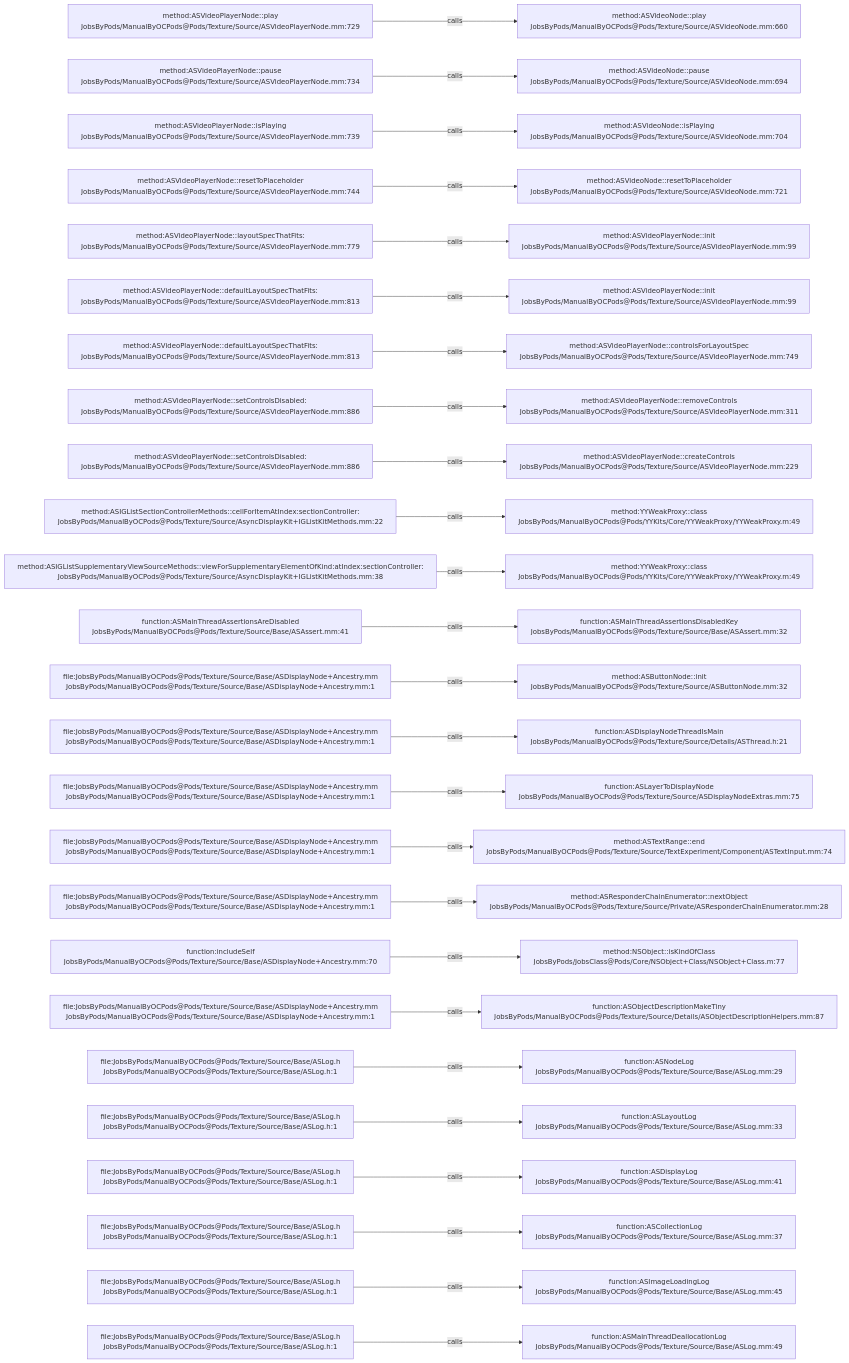
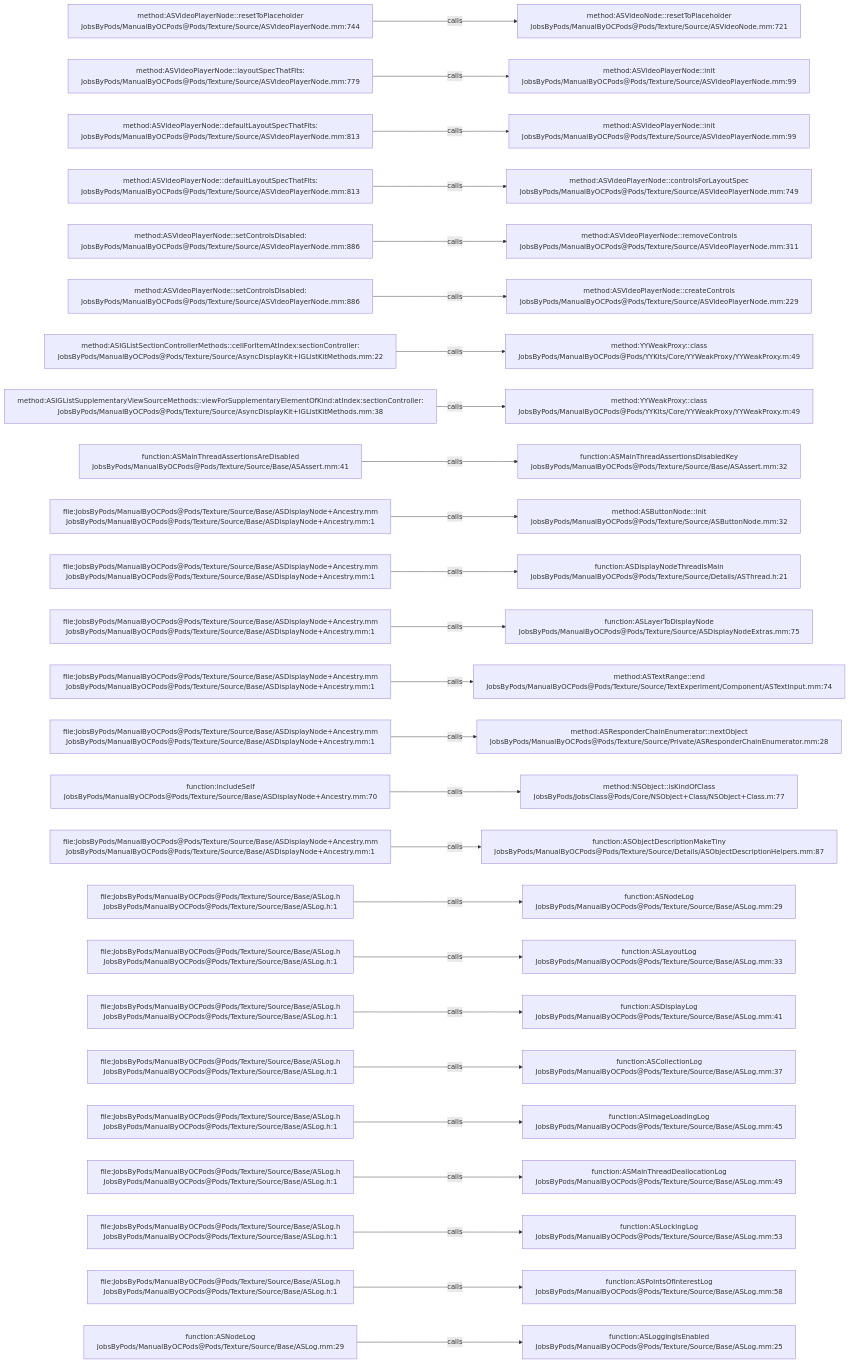
Before and after one commit to JobsKits/JobsOCBaseConfigDemo: the diagram in .codegraph/codegraph.md/graphs/calls-149.md, drawn with Mermaid. The commit also changed 342 other files, not shown here.

````diff
--- a/.codegraph/codegraph.md/graphs/calls-149.md
+++ b/.codegraph/codegraph.md/graphs/calls-149.md
@@ -13,78 +13,78 @@
 ```mermaid
 flowchart LR
-  S1["method:ASVideoPlayerNode::play<br/>JobsByPods/ManualByOCPods@Pods/Texture/Source/ASVideoPlayerNode.mm:729"]
-  T1["method:ASVideoNode::play<br/>JobsByPods/ManualByOCPods@Pods/Texture/Source/ASVideoNode.mm:660"]
+  S1["method:ASVideoPlayerNode::resetToPlaceholder<br/>JobsByPods/ManualByOCPods@Pods/Texture/Source/ASVideoPlayerNode.mm:744"]
+  T1["method:ASVideoNode::resetToPlaceholder<br/>JobsByPods/ManualByOCPods@Pods/Texture/Source/ASVideoNode.mm:721"]
   S1 -->|calls| T1
-  S2["method:ASVideoPlayerNode::pause<br/>JobsByPods/ManualByOCPods@Pods/Texture/Source/ASVideoPlayerNode.mm:734"]
-  T2["method:ASVideoNode::pause<br/>JobsByPods/ManualByOCPods@Pods/Texture/Source/ASVideoNode.mm:694"]
+  S2["method:ASVideoPlayerNode::layoutSpecThatFits:<br/>JobsByPods/ManualByOCPods@Pods/Texture/Source/ASVideoPlayerNode.mm:779"]
+  T2["method:ASVideoPlayerNode::init<br/>JobsByPods/ManualByOCPods@Pods/Texture/Source/ASVideoPlayerNode.mm:99"]
   S2 -->|calls| T2
-  S3["method:ASVideoPlayerNode::isPlaying<br/>JobsByPods/ManualByOCPods@Pods/Texture/Source/ASVideoPlayerNode.mm:739"]
-  T3["method:ASVideoNode::isPlaying<br/>JobsByPods/ManualByOCPods@Pods/Texture/Source/ASVideoNode.mm:704"]
+  S3["method:ASVideoPlayerNode::defaultLayoutSpecThatFits:<br/>JobsByPods/ManualByOCPods@Pods/Texture/Source/ASVideoPlayerNode.mm:813"]
+  T3["method:ASVideoPlayerNode::init<br/>JobsByPods/ManualByOCPods@Pods/Texture/Source/ASVideoPlayerNode.mm:99"]
   S3 -->|calls| T3
-  S4["method:ASVideoPlayerNode::resetToPlaceholder<br/>JobsByPods/ManualByOCPods@Pods/Texture/Source/ASVideoPlayerNode.mm:744"]
-  T4["method:ASVideoNode::resetToPlaceholder<br/>JobsByPods/ManualByOCPods@Pods/Texture/Source/ASVideoNode.mm:721"]
+  S4["method:ASVideoPlayerNode::defaultLayoutSpecThatFits:<br/>JobsByPods/ManualByOCPods@Pods/Texture/Source/ASVideoPlayerNode.mm:813"]
+  T4["method:ASVideoPlayerNode::controlsForLayoutSpec<br/>JobsByPods/ManualByOCPods@Pods/Texture/Source/ASVideoPlayerNode.mm:749"]
   S4 -->|calls| T4
-  S5["method:ASVideoPlayerNode::layoutSpecThatFits:<br/>JobsByPods/ManualByOCPods@Pods/Texture/Source/ASVideoPlayerNode.mm:779"]
-  T5["method:ASVideoPlayerNode::init<br/>JobsByPods/ManualByOCPods@Pods/Texture/Source/ASVideoPlayerNode.mm:99"]
+  S5["method:ASVideoPlayerNode::setControlsDisabled:<br/>JobsByPods/ManualByOCPods@Pods/Texture/Source/ASVideoPlayerNode.mm:886"]
+  T5["method:ASVideoPlayerNode::removeControls<br/>JobsByPods/ManualByOCPods@Pods/Texture/Source/ASVideoPlayerNode.mm:311"]
   S5 -->|calls| T5
-  S6["method:ASVideoPlayerNode::defaultLayoutSpecThatFits:<br/>JobsByPods/ManualByOCPods@Pods/Texture/Source/ASVideoPlayerNode.mm:813"]
-  T6["method:ASVideoPlayerNode::init<br/>JobsByPods/ManualByOCPods@Pods/Texture/Source/ASVideoPlayerNode.mm:99"]
+  S6["method:ASVideoPlayerNode::setControlsDisabled:<br/>JobsByPods/ManualByOCPods@Pods/Texture/Source/ASVideoPlayerNode.mm:886"]
+  T6["method:ASVideoPlayerNode::createControls<br/>JobsByPods/ManualByOCPods@Pods/Texture/Source/ASVideoPlayerNode.mm:229"]
   S6 -->|calls| T6
-  S7["method:ASVideoPlayerNode::defaultLayoutSpecThatFits:<br/>JobsByPods/ManualByOCPods@Pods/Texture/Source/ASVideoPlayerNode.mm:813"]
-  T7["method:ASVideoPlayerNode::controlsForLayoutSpec<br/>JobsByPods/ManualByOCPods@Pods/Texture/Source/ASVideoPlayerNode.mm:749"]
+  S7["method:ASIGListSectionControllerMethods::cellForItemAtIndex:sectionController:<br/>JobsByPods/ManualByOCPods@Pods/Texture/Source/AsyncDisplayKit+IGListKitMethods.mm:22"]
+  T7["method:YYWeakProxy::class<br/>JobsByPods/ManualByOCPods@Pods/YYKits/Core/YYWeakProxy/YYWeakProxy.m:49"]
   S7 -->|calls| T7
-  S8["method:ASVideoPlayerNode::setControlsDisabled:<br/>JobsByPods/ManualByOCPods@Pods/Texture/Source/ASVideoPlayerNode.mm:886"]
-  T8["method:ASVideoPlayerNode::removeControls<br/>JobsByPods/ManualByOCPods@Pods/Texture/Source/ASVideoPlayerNode.mm:311"]
+  S8["method:ASIGListSupplementaryViewSourceMethods::viewForSupplementaryElementOfKind:atIndex:sectionController:<br/>JobsByPods/ManualByOCPods@Pods/Texture/Source/AsyncDisplayKit+IGListKitMethods.mm:38"]
+  T8["method:YYWeakProxy::class<br/>JobsByPods/ManualByOCPods@Pods/YYKits/Core/YYWeakProxy/YYWeakProxy.m:49"]
   S8 -->|calls| T8
-  S9["method:ASVideoPlayerNode::setControlsDisabled:<br/>JobsByPods/ManualByOCPods@Pods/Texture/Source/ASVideoPlayerNode.mm:886"]
-  T9["method:ASVideoPlayerNode::createControls<br/>JobsByPods/ManualByOCPods@Pods/Texture/Source/ASVideoPlayerNode.mm:229"]
+  S9["function:ASMainThreadAssertionsAreDisabled<br/>JobsByPods/ManualByOCPods@Pods/Texture/Source/Base/ASAssert.mm:41"]
+  T9["function:ASMainThreadAssertionsDisabledKey<br/>JobsByPods/ManualByOCPods@Pods/Texture/Source/Base/ASAssert.mm:32"]
   S9 -->|calls| T9
-  S10["method:ASIGListSectionControllerMethods::cellForItemAtIndex:sectionController:<br/>JobsByPods/ManualByOCPods@Pods/Texture/Source/AsyncDisplayKit+IGListKitMethods.mm:22"]
-  T10["method:YYWeakProxy::class<br/>JobsByPods/ManualByOCPods@Pods/YYKits/Core/YYWeakProxy/YYWeakProxy.m:49"]
+  S10["file:JobsByPods/ManualByOCPods@Pods/Texture/Source/Base/ASDisplayNode+Ancestry.mm<br/>JobsByPods/ManualByOCPods@Pods/Texture/Source/Base/ASDisplayNode+Ancestry.mm:1"]
+  T10["method:ASButtonNode::init<br/>JobsByPods/ManualByOCPods@Pods/Texture/Source/ASButtonNode.mm:32"]
   S10 -->|calls| T10
-  S11["method:ASIGListSupplementaryViewSourceMethods::viewForSupplementaryElementOfKind:atIndex:sectionController:<br/>JobsByPods/ManualByOCPods@Pods/Texture/Source/AsyncDisplayKit+IGListKitMethods.mm:38"]
-  T11["method:YYWeakProxy::class<br/>JobsByPods/ManualByOCPods@Pods/YYKits/Core/YYWeakProxy/YYWeakProxy.m:49"]
+  S11["file:JobsByPods/ManualByOCPods@Pods/Texture/Source/Base/ASDisplayNode+Ancestry.mm<br/>JobsByPods/ManualByOCPods@Pods/Texture/Source/Base/ASDisplayNode+Ancestry.mm:1"]
+  T11["function:ASDisplayNodeThreadIsMain<br/>JobsByPods/ManualByOCPods@Pods/Texture/Source/Details/ASThread.h:21"]
   S11 -->|calls| T11
-  S12["function:ASMainThreadAssertionsAreDisabled<br/>JobsByPods/ManualByOCPods@Pods/Texture/Source/Base/ASAssert.mm:41"]
-  T12["function:ASMainThreadAssertionsDisabledKey<br/>JobsByPods/ManualByOCPods@Pods/Texture/Source/Base/ASAssert.mm:32"]
+  S12["file:JobsByPods/ManualByOCPods@Pods/Texture/Source/Base/ASDisplayNode+Ancestry.mm<br/>JobsByPods/ManualByOCPods@Pods/Texture/Source/Base/ASDisplayNode+Ancestry.mm:1"]
+  T12["function:ASLayerToDisplayNode<br/>JobsByPods/ManualByOCPods@Pods/Texture/Source/ASDisplayNodeExtras.mm:75"]
   S12 -->|calls| T12
   S13["file:JobsByPods/ManualByOCPods@Pods/Texture/Source/Base/ASDisplayNode+Ancestry.mm<br/>JobsByPods/ManualByOCPods@Pods/Texture/Source/Base/ASDisplayNode+Ancestry.mm:1"]
-  T13["method:ASButtonNode::init<br/>JobsByPods/ManualByOCPods@Pods/Texture/Source/ASButtonNode.mm:32"]
+  T13["method:ASTextRange::end<br/>JobsByPods/ManualByOCPods@Pods/Texture/Source/TextExperiment/Component/ASTextInput.mm:74"]
   S13 -->|calls| T13
   S14["file:JobsByPods/ManualByOCPods@Pods/Texture/Source/Base/ASDisplayNode+Ancestry.mm<br/>JobsByPods/ManualByOCPods@Pods/Texture/Source/Base/ASDisplayNode+Ancestry.mm:1"]
-  T14["function:ASDisplayNodeThreadIsMain<br/>JobsByPods/ManualByOCPods@Pods/Texture/Source/Details/ASThread.h:21"]
+  T14["method:ASResponderChainEnumerator::nextObject<br/>JobsByPods/ManualByOCPods@Pods/Texture/Source/Private/ASResponderChainEnumerator.mm:28"]
   S14 -->|calls| T14
-  S15["file:JobsByPods/ManualByOCPods@Pods/Texture/Source/Base/ASDisplayNode+Ancestry.mm<br/>JobsByPods/ManualByOCPods@Pods/Texture/Source/Base/ASDisplayNode+Ancestry.mm:1"]
-  T15["function:ASLayerToDisplayNode<br/>JobsByPods/ManualByOCPods@Pods/Texture/Source/ASDisplayNodeExtras.mm:75"]
+  S15["function:includeSelf<br/>JobsByPods/ManualByOCPods@Pods/Texture/Source/Base/ASDisplayNode+Ancestry.mm:70"]
+  T15["method:NSObject::isKindOfClass<br/>JobsByPods/JobsClass@Pods/Core/NSObject+Class/NSObject+Class.m:77"]
   S15 -->|calls| T15
   S16["file:JobsByPods/ManualByOCPods@Pods/Texture/Source/Base/ASDisplayNode+Ancestry.mm<br/>JobsByPods/ManualByOCPods@Pods/Texture/Source/Base/ASDisplayNode+Ancestry.mm:1"]
-  T16["method:ASTextRange::end<br/>JobsByPods/ManualByOCPods@Pods/Texture/Source/TextExperiment/Component/ASTextInput.mm:74"]
+  T16["function:ASObjectDescriptionMakeTiny<br/>JobsByPods/ManualByOCPods@Pods/Texture/Source/Details/ASObjectDescriptionHelpers.mm:87"]
   S16 -->|calls| T16
-  S17["file:JobsByPods/ManualByOCPods@Pods/Texture/Source/Base/ASDisplayNode+Ancestry.mm<br/>JobsByPods/ManualByOCPods@Pods/Texture/Source/Base/ASDisplayNode+Ancestry.mm:1"]
-  T17["method:ASResponderChainEnumerator::nextObject<br/>JobsByPods/ManualByOCPods@Pods/Texture/Source/Private/ASResponderChainEnumerator.mm:28"]
+  S17["file:JobsByPods/ManualByOCPods@Pods/Texture/Source/Base/ASLog.h<br/>JobsByPods/ManualByOCPods@Pods/Texture/Source/Base/ASLog.h:1"]
+  T17["function:ASNodeLog<br/>JobsByPods/ManualByOCPods@Pods/Texture/Source/Base/ASLog.mm:29"]
   S17 -->|calls| T17
-  S18["function:includeSelf<br/>JobsByPods/ManualByOCPods@Pods/Texture/Source/Base/ASDisplayNode+Ancestry.mm:70"]
-  T18["method:NSObject::isKindOfClass<br/>JobsByPods/JobsClass@Pods/Core/NSObject+Class/NSObject+Class.m:77"]
+  S18["file:JobsByPods/ManualByOCPods@Pods/Texture/Source/Base/ASLog.h<br/>JobsByPods/ManualByOCPods@Pods/Texture/Source/Base/ASLog.h:1"]
+  T18["function:ASLayoutLog<br/>JobsByPods/ManualByOCPods@Pods/Texture/Source/Base/ASLog.mm:33"]
   S18 -->|calls| T18
-  S19["file:JobsByPods/ManualByOCPods@Pods/Texture/Source/Base/ASDisplayNode+Ancestry.mm<br/>JobsByPods/ManualByOCPods@Pods/Texture/Source/Base/ASDisplayNode+Ancestry.mm:1"]
-  T19["function:ASObjectDescriptionMakeTiny<br/>JobsByPods/ManualByOCPods@Pods/Texture/Source/Details/ASObjectDescriptionHelpers.mm:87"]
+  S19["file:JobsByPods/ManualByOCPods@Pods/Texture/Source/Base/ASLog.h<br/>JobsByPods/ManualByOCPods@Pods/Texture/Source/Base/ASLog.h:1"]
+  T19["function:ASDisplayLog<br/>JobsByPods/ManualByOCPods@Pods/Texture/Source/Base/ASLog.mm:41"]
   S19 -->|calls| T19
   S20["file:JobsByPods/ManualByOCPods@Pods/Texture/Source/Base/ASLog.h<br/>JobsByPods/ManualByOCPods@Pods/Texture/Source/Base/ASLog.h:1"]
-  T20["function:ASNodeLog<br/>JobsByPods/ManualByOCPods@Pods/Texture/Source/Base/ASLog.mm:29"]
+  T20["function:ASCollectionLog<br/>JobsByPods/ManualByOCPods@Pods/Texture/Source/Base/ASLog.mm:37"]
   S20 -->|calls| T20
   S21["file:JobsByPods/ManualByOCPods@Pods/Texture/Source/Base/ASLog.h<br/>JobsByPods/ManualByOCPods@Pods/Texture/Source/Base/ASLog.h:1"]
-  T21["function:ASLayoutLog<br/>JobsByPods/ManualByOCPods@Pods/Texture/Source/Base/ASLog.mm:33"]
+  T21["function:ASImageLoadingLog<br/>JobsByPods/ManualByOCPods@Pods/Texture/Source/Base/ASLog.mm:45"]
   S21 -->|calls| T21
   S22["file:JobsByPods/ManualByOCPods@Pods/Texture/Source/Base/ASLog.h<br/>JobsByPods/ManualByOCPods@Pods/Texture/Source/Base/ASLog.h:1"]
-  T22["function:ASDisplayLog<br/>JobsByPods/ManualByOCPods@Pods/Texture/Source/Base/ASLog.mm:41"]
+  T22["function:ASMainThreadDeallocationLog<br/>JobsByPods/ManualByOCPods@Pods/Texture/Source/Base/ASLog.mm:49"]
   S22 -->|calls| T22
   S23["file:JobsByPods/ManualByOCPods@Pods/Texture/Source/Base/ASLog.h<br/>JobsByPods/ManualByOCPods@Pods/Texture/Source/Base/ASLog.h:1"]
-  T23["function:ASCollectionLog<br/>JobsByPods/ManualByOCPods@Pods/Texture/Source/Base/ASLog.mm:37"]
+  T23["function:ASLockingLog<br/>JobsByPods/ManualByOCPods@Pods/Texture/Source/Base/ASLog.mm:53"]
   S23 -->|calls| T23
   S24["file:JobsByPods/ManualByOCPods@Pods/Texture/Source/Base/ASLog.h<br/>JobsByPods/ManualByOCPods@Pods/Texture/Source/Base/ASLog.h:1"]
-  T24["function:ASImageLoadingLog<br/>JobsByPods/ManualByOCPods@Pods/Texture/Source/Base/ASLog.mm:45"]
+  T24["function:ASPointsOfInterestLog<br/>JobsByPods/ManualByOCPods@Pods/Texture/Source/Base/ASLog.mm:58"]
   S24 -->|calls| T24
-  S25["file:JobsByPods/ManualByOCPods@Pods/Texture/Source/Base/ASLog.h<br/>JobsByPods/ManualByOCPods@Pods/Texture/Source/Base/ASLog.h:1"]
-  T25["function:ASMainThreadDeallocationLog<br/>JobsByPods/ManualByOCPods@Pods/Texture/Source/Base/ASLog.mm:49"]
+  S25["function:ASNodeLog<br/>JobsByPods/ManualByOCPods@Pods/Texture/Source/Base/ASLog.mm:29"]
+  T25["function:ASLoggingIsEnabled<br/>JobsByPods/ManualByOCPods@Pods/Texture/Source/Base/ASLog.mm:25"]
   S25 -->|calls| T25
 ```
````
